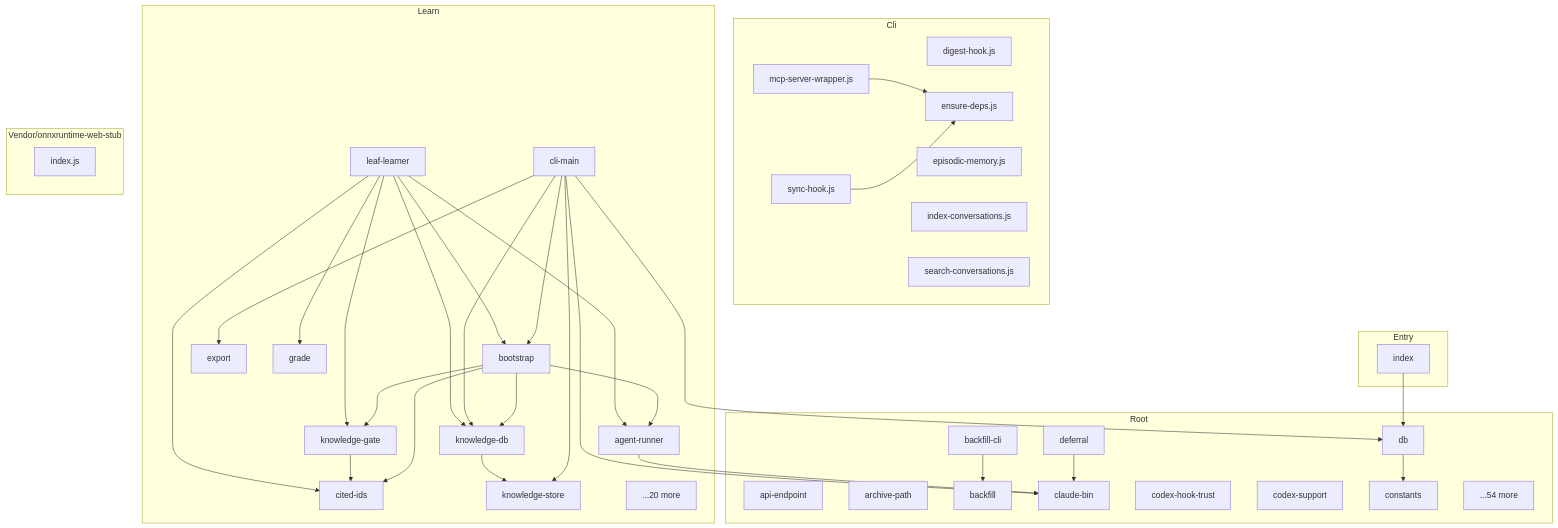
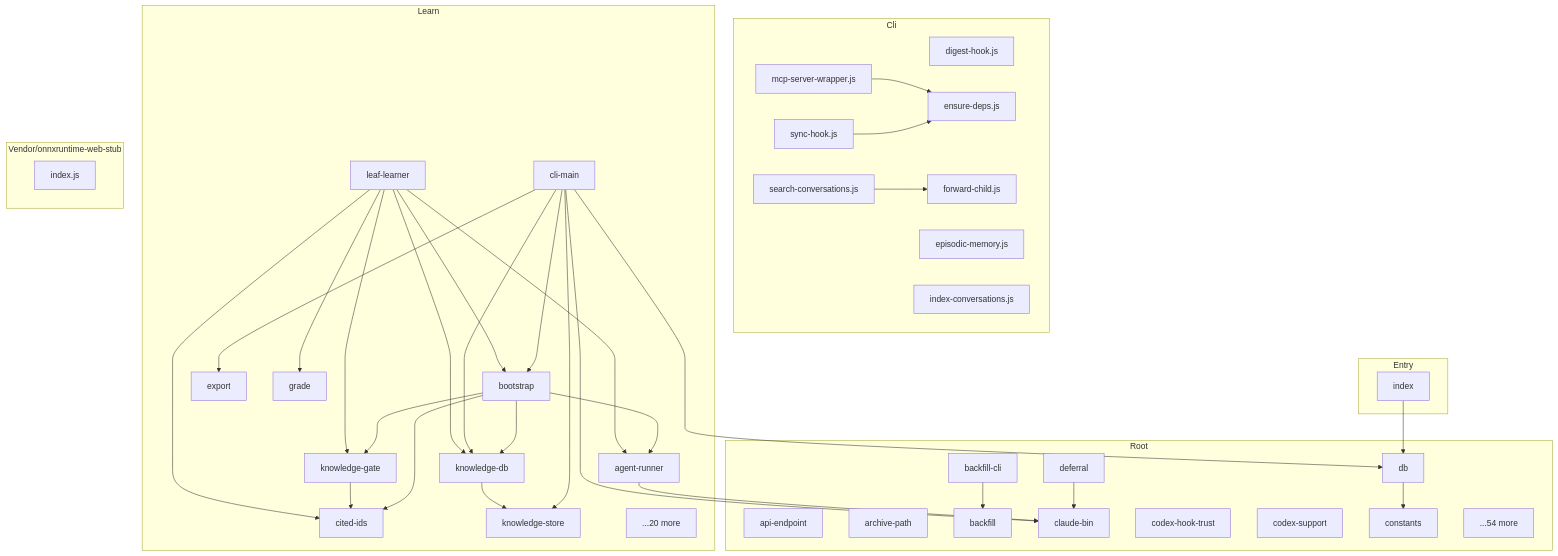
The diagram in docs/architecture/DEPENDENCY_GRAPH.md (danielsimonjr/episodic-memory), drawn with Mermaid before and after one commit. The commit also changed other lines of this file and 27 other files, not shown here.

First line of the commit message:
fix(cli): forwarding entry points exit non-zero when a signal stops the child (#61)

````diff
--- a/docs/architecture/DEPENDENCY_GRAPH.md
+++ b/docs/architecture/DEPENDENCY_GRAPH.md
@@ -2076,74 +2092,76 @@
 ```mermaid
 graph TD
     subgraph Cli
         N0[digest-hook.js]
         N1[ensure-deps.js]
         N2[episodic-memory.js]
-        N3[index-conversations.js]
-        N4[mcp-server-wrapper.js]
-        N5[search-conversations.js]
-        N6[sync-hook.js]
+        N3[forward-child.js]
+        N4[index-conversations.js]
+        N5[mcp-server-wrapper.js]
+        N6[search-conversations.js]
+        N7[sync-hook.js]
     end
 
     subgraph Root
-        N7[api-endpoint]
-        N8[archive-path]
-        N9[backfill-cli]
-        N10[backfill]
-        N11[claude-bin]
-        N12[codex-hook-trust]
-        N13[codex-support]
-        N14[constants]
-        N15[db]
-        N16[deferral]
-        N17[...54 more]
+        N8[api-endpoint]
+        N9[archive-path]
+        N10[backfill-cli]
+        N11[backfill]
+        N12[claude-bin]
+        N13[codex-hook-trust]
+        N14[codex-support]
+        N15[constants]
+        N16[db]
+        N17[deferral]
+        N18[...54 more]
     end
 
     subgraph Entry
-        N18[index]
+        N19[index]
     end
 
     subgraph Learn
-        N19[agent-runner]
-        N20[bootstrap]
-        N21[cited-ids]
-        N22[cli-main]
-        N23[export]
-        N24[grade]
-        N25[knowledge-db]
-        N26[knowledge-gate]
-        N27[knowledge-store]
-        N28[leaf-learner]
-        N29[...20 more]
+        N20[agent-runner]
+        N21[bootstrap]
+        N22[cited-ids]
+        N23[cli-main]
+        N24[export]
+        N25[grade]
+        N26[knowledge-db]
+        N27[knowledge-gate]
+        N28[knowledge-store]
+        N29[leaf-learner]
+        N30[...20 more]
     end
 
     subgraph Vendor/onnxruntime-web-stub
-        N30[index.js]
+        N31[index.js]
     end
 
-    N4 --> N1
-    N6 --> N1
-    N9 --> N10
-    N15 --> N14
-    N16 --> N11
-    N18 --> N15
-    N19 --> N11
-    N20 --> N25
-    N20 --> N26
-    N20 --> N21
-    N20 --> N19
-    N22 --> N11
-    N22 --> N25
-    N22 --> N23
-    N22 --> N27
-    N22 --> N15
-    N22 --> N20
-    N25 --> N27
-    N26 --> N21
-    N28 --> N20
-    N28 --> N26
-    N28 --> N21
-    N28 --> N25
-    N28 --> N19
-    N28 --> N24
+    N5 --> N1
+    N6 --> N3
+    N7 --> N1
+    N10 --> N11
+    N16 --> N15
+    N17 --> N12
+    N19 --> N16
+    N20 --> N12
+    N21 --> N26
+    N21 --> N27
+    N21 --> N22
+    N21 --> N20
+    N23 --> N12
+    N23 --> N26
+    N23 --> N24
+    N23 --> N28
+    N23 --> N16
+    N23 --> N21
+    N26 --> N28
+    N27 --> N22
+    N29 --> N21
+    N29 --> N27
+    N29 --> N22
+    N29 --> N26
+    N29 --> N20
+    N29 --> N25
 ```
````
